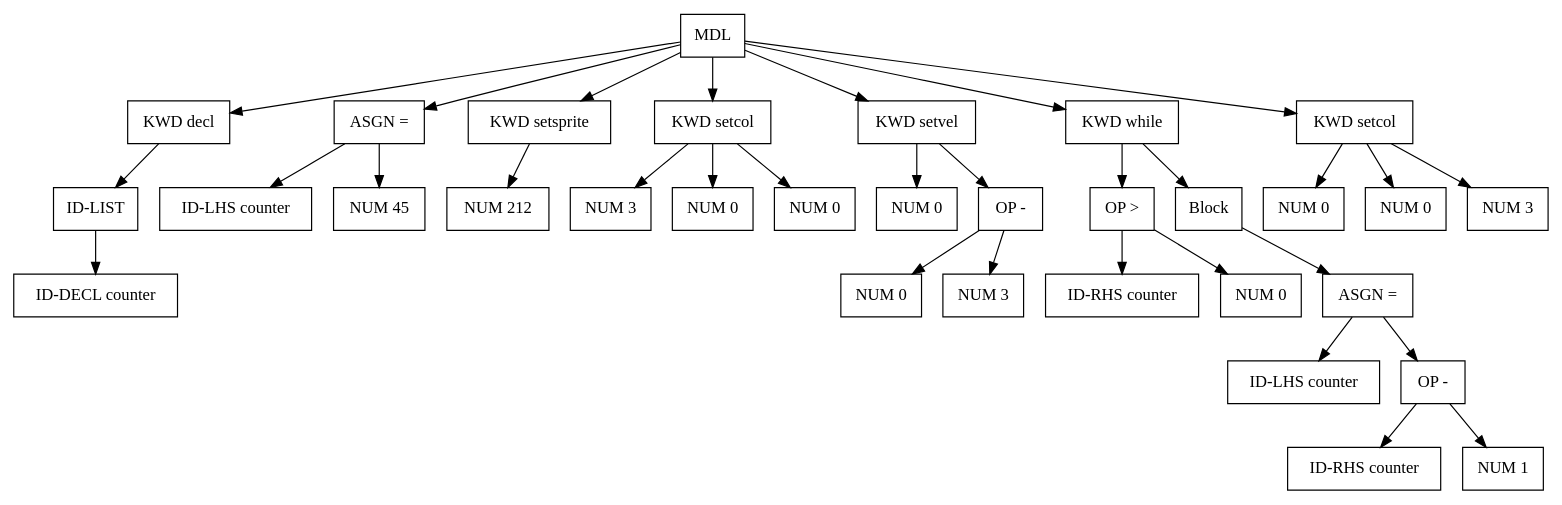
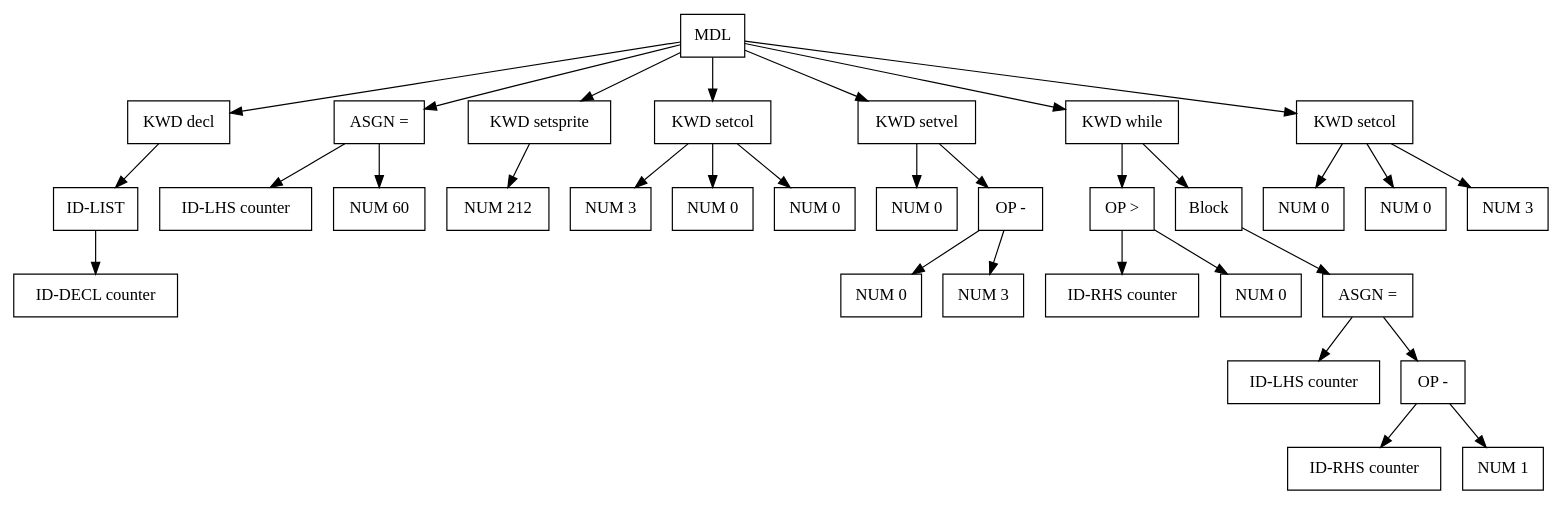
Before and after one commit to seanbutler/Morris: the diagram in assets/code/sparkle.src.gv, drawn with Graphviz. The commit also changed 14 other files, not shown here.

```diff
--- a/assets/code/sparkle.src.gv
+++ b/assets/code/sparkle.src.gv
@@ -1,98 +1,98 @@
 digraph G {
 node [shape = circle];
-node2440 [ uuid = "64d77221-4c56-472f-ae0d-86b2ac35c0d8" shape = "record" label = "MDL
+node1251 [ uuid = "ff9502c5-83b8-4201-a68c-cd6a01f3928b" shape = "record" label = "MDL
  " ];
-node2441 [ uuid = "ad35d8bc-5e9e-47ee-aaa7-1165cb67cfc1" shape = "record" label = "KWD
+node1252 [ uuid = "988b0a59-61cb-4776-9a9b-7703398a720c" shape = "record" label = "KWD
  decl" ];
-node2442 [ uuid = "8b919396-5eae-406c-8785-f1fc8c6d609e" shape = "record" label = "ID-LIST
+node1253 [ uuid = "073bc7fb-888f-4e14-9500-2843e19ce3f5" shape = "record" label = "ID-LIST
  " ];
-node2443 [ uuid = "ea3bf561-81d8-46b0-b804-c3880f9975e9" shape = "record" label = "ID-DECL
+node1254 [ uuid = "fb1244ee-a0f4-41ce-8388-4ba3ad62eeba" shape = "record" label = "ID-DECL
  counter" ];
-node2442 -> node2443;
-node2441 -> node2442;
-node2440 -> node2441;
-node2445 [ uuid = "5abb6ff5-e57b-43eb-af67-7563d532c5f4" shape = "record" label = "ASGN
+node1253 -> node1254;
+node1252 -> node1253;
+node1251 -> node1252;
+node1256 [ uuid = "417937d9-c51f-4509-96f6-1efce086163a" shape = "record" label = "ASGN
  =" ];
-node2444 [ uuid = "6c2e498b-c3a6-47aa-9d1b-6fdface37035" shape = "record" label = "ID-LHS
+node1255 [ uuid = "535a3089-3fd0-47cd-a8dc-6254918b024e" shape = "record" label = "ID-LHS
  counter" ];
-node2445 -> node2444;
-node2446 [ uuid = "fbfb9012-8c5b-4a4c-a394-c5a13d881e37" shape = "record" label = "NUM
- 45" ];
-node2445 -> node2446;
-node2440 -> node2445;
-node2447 [ uuid = "fcc09290-50d4-4e85-b028-f649dd983495" shape = "record" label = "KWD
+node1256 -> node1255;
+node1257 [ uuid = "5fc59e62-08d9-47cd-95e0-5ed57947499b" shape = "record" label = "NUM
+ 60" ];
+node1256 -> node1257;
+node1251 -> node1256;
+node1258 [ uuid = "50337d02-7300-4d6e-aad1-07181bbfc322" shape = "record" label = "KWD
  setsprite" ];
-node2448 [ uuid = "9aeb3b5f-cc25-4243-89f8-e865f447d6a1" shape = "record" label = "NUM
+node1259 [ uuid = "b98d52c1-73ed-4948-bea4-2099775c1f72" shape = "record" label = "NUM
  212" ];
-node2447 -> node2448;
-node2440 -> node2447;
-node2449 [ uuid = "5ef615b1-788c-45c4-b5fd-c0e719d20db4" shape = "record" label = "KWD
+node1258 -> node1259;
+node1251 -> node1258;
+node1260 [ uuid = "934c5660-6507-49b5-9790-cea09acda24b" shape = "record" label = "KWD
  setcol" ];
-node2450 [ uuid = "0b6857b3-b608-46fd-8580-55ca8000f903" shape = "record" label = "NUM
+node1261 [ uuid = "0d7dce9e-abf9-4881-8a47-9d8627c19a78" shape = "record" label = "NUM
  3" ];
-node2449 -> node2450;
-node2451 [ uuid = "9f9708b2-4672-427c-bada-574185a856a7" shape = "record" label = "NUM
+node1260 -> node1261;
+node1262 [ uuid = "a37e6944-5e75-40d7-bb4e-00404082e795" shape = "record" label = "NUM
  0" ];
-node2449 -> node2451;
-node2452 [ uuid = "9d3d31f4-9971-4829-88ea-a7363ce71722" shape = "record" label = "NUM
+node1260 -> node1262;
+node1263 [ uuid = "b4808092-4a6b-4105-8e52-742ead9370d1" shape = "record" label = "NUM
  0" ];
-node2449 -> node2452;
-node2440 -> node2449;
-node2453 [ uuid = "5f148aff-e539-4afe-a77c-2608906cba18" shape = "record" label = "KWD
+node1260 -> node1263;
+node1251 -> node1260;
+node1264 [ uuid = "243fdf48-1a1b-4197-bd8d-79507148ee11" shape = "record" label = "KWD
  setvel" ];
-node2454 [ uuid = "ff902379-e383-48c8-a9fe-4aba1838024e" shape = "record" label = "NUM
+node1265 [ uuid = "2b6d6c41-5cbb-4ff6-b5ac-b118ad3bff97" shape = "record" label = "NUM
  0" ];
-node2453 -> node2454;
-node2456 [ uuid = "68acc70f-86ea-4127-9332-09f444a3ad62" shape = "record" label = "OP
+node1264 -> node1265;
+node1267 [ uuid = "d1d22d16-3cb4-4234-80b0-8551b6e794ed" shape = "record" label = "OP
  -" ];
-node2455 [ uuid = "745420f7-9765-44cf-b23f-6d4317387c3d" shape = "record" label = "NUM
+node1266 [ uuid = "e893cfe3-cd5a-4842-b613-a5232adb563a" shape = "record" label = "NUM
  0" ];
-node2456 -> node2455;
-node2457 [ uuid = "6d23b8e4-8361-4b43-a1fa-d0312131e93c" shape = "record" label = "NUM
+node1267 -> node1266;
+node1268 [ uuid = "30bca81a-be00-43a3-86a4-596efee3d245" shape = "record" label = "NUM
  3" ];
-node2456 -> node2457;
-node2453 -> node2456;
-node2440 -> node2453;
-node2458 [ uuid = "aad214ba-9143-4b3b-9f88-0f1c84b86b85" shape = "record" label = "KWD
+node1267 -> node1268;
+node1264 -> node1267;
+node1251 -> node1264;
+node1269 [ uuid = "a83e4e35-c1f7-4196-bd7b-e1e7076fba9e" shape = "record" label = "KWD
  while" ];
-node2460 [ uuid = "cdf97b2b-16c7-4277-bf4e-2053533a696b" shape = "record" label = "OP
+node1271 [ uuid = "171b6311-74cb-4f51-9d53-0e475cd1e993" shape = "record" label = "OP
  \>" ];
-node2459 [ uuid = "076e4f85-7612-408d-997c-7d7fadca9660" shape = "record" label = "ID-RHS
+node1270 [ uuid = "e80da460-81b9-42da-b5df-76158d16881c" shape = "record" label = "ID-RHS
  counter" ];
-node2460 -> node2459;
-node2461 [ uuid = "66f01c93-fec9-440a-a910-1451bb791701" shape = "record" label = "NUM
+node1271 -> node1270;
+node1272 [ uuid = "447cce87-68f0-4fdf-ab17-0f004422ca64" shape = "record" label = "NUM
  0" ];
-node2460 -> node2461;
-node2458 -> node2460;
-node2462 [ uuid = "f77ac7ae-bdb1-4792-bf64-6567c66620d7" shape = "record" label = "Block
+node1271 -> node1272;
+node1269 -> node1271;
+node1273 [ uuid = "a6a12404-dfbc-4bd9-a6fd-708c6948e911" shape = "record" label = "Block
  " ];
-node2464 [ uuid = "bb489927-cdf8-49ae-bb86-fe08b56347c1" shape = "record" label = "ASGN
+node1275 [ uuid = "0a107757-c900-4049-a661-0b1b5ef79f66" shape = "record" label = "ASGN
  =" ];
-node2463 [ uuid = "d480eb10-03cf-443d-9bdc-194ead7166d5" shape = "record" label = "ID-LHS
+node1274 [ uuid = "a3292685-a7b7-42b7-8b1d-3ac31ca97ccc" shape = "record" label = "ID-LHS
  counter" ];
-node2464 -> node2463;
-node2466 [ uuid = "8670cd8e-2439-42b5-892c-c14f8200182d" shape = "record" label = "OP
+node1275 -> node1274;
+node1277 [ uuid = "ccb84ac0-46e0-4573-bd66-72d3d3cdbeec" shape = "record" label = "OP
  -" ];
-node2465 [ uuid = "661b372c-303f-4b6f-b574-6ff133b879df" shape = "record" label = "ID-RHS
+node1276 [ uuid = "ca6f773a-6185-4014-989e-1e0ae8ac5eb2" shape = "record" label = "ID-RHS
  counter" ];
-node2466 -> node2465;
-node2467 [ uuid = "af2e78ac-0fad-4fe3-8607-232aa8cf5955" shape = "record" label = "NUM
+node1277 -> node1276;
+node1278 [ uuid = "321745fb-5fa0-47f9-81be-0cefcec464ac" shape = "record" label = "NUM
  1" ];
-node2466 -> node2467;
-node2464 -> node2466;
-node2462 -> node2464;
-node2458 -> node2462;
-node2440 -> node2458;
-node2468 [ uuid = "d4bdee22-8a4a-4b36-9d38-f83bc2219da5" shape = "record" label = "KWD
+node1277 -> node1278;
+node1275 -> node1277;
+node1273 -> node1275;
+node1269 -> node1273;
+node1251 -> node1269;
+node1279 [ uuid = "876109fa-4df4-441e-9f55-dceaa7f8203b" shape = "record" label = "KWD
  setcol" ];
-node2469 [ uuid = "c8565bfb-eec2-4011-9c5e-55f0f0236c03" shape = "record" label = "NUM
+node1280 [ uuid = "3bcac962-deb2-4dc6-aa5a-94e41c589ceb" shape = "record" label = "NUM
  0" ];
-node2468 -> node2469;
-node2470 [ uuid = "9e75f006-ae79-4537-a39a-47739f722c85" shape = "record" label = "NUM
+node1279 -> node1280;
+node1281 [ uuid = "89aac242-9465-4e35-8926-59fbb50a903d" shape = "record" label = "NUM
  0" ];
-node2468 -> node2470;
-node2471 [ uuid = "4769a113-9b6f-435f-a877-872785d8c75c" shape = "record" label = "NUM
+node1279 -> node1281;
+node1282 [ uuid = "abde15af-e2e3-414c-a9a5-689e00fe0311" shape = "record" label = "NUM
  3" ];
-node2468 -> node2471;
-node2440 -> node2468;
+node1279 -> node1282;
+node1251 -> node1279;
 }
```
